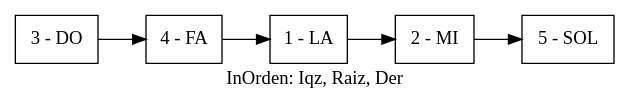
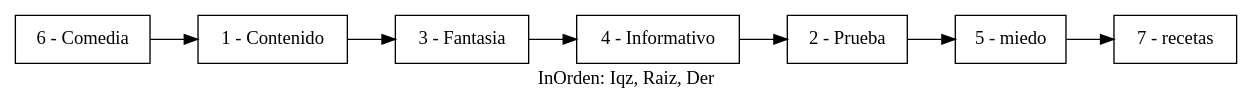
The diagram in EDD_Proyecto2/AVLTreeInOrden.dot (elJuanjoRamos/EDD_1S2020_PY2_201801262), drawn with Graphviz before and after one commit. The commit also changed 89 other files, not shown here.

```diff
--- a/EDD_Proyecto2/AVLTreeInOrden.dot
+++ b/EDD_Proyecto2/AVLTreeInOrden.dot
@@ -1,11 +1,15 @@
 digraph G {rankdir=LR;label="InOrden: Iqz, Raiz, Der";node[shape=box];
-nodo3 [ label ="3 - DO"];
-nodo4 [ label ="4 - FA"];
-nodo1 [ label ="1 - LA"];
-nodo2 [ label ="2 - MI"];
-nodo5 [ label ="5 - SOL"];
+nodo6 [ label ="6 - Comedia"];
+nodo1 [ label ="1 - Contenido"];
+nodo3 [ label ="3 - Fantasia"];
+nodo4 [ label ="4 - Informativo"];
+nodo2 [ label ="2 - Prueba"];
+nodo5 [ label ="5 - miedo"];
+nodo7 [ label ="7 - recetas"];
+nodo6-> nodo1
+nodo1-> nodo3
 nodo3-> nodo4
-nodo4-> nodo1
-nodo1-> nodo2
+nodo4-> nodo2
 nodo2-> nodo5
+nodo5-> nodo7
 }
```
